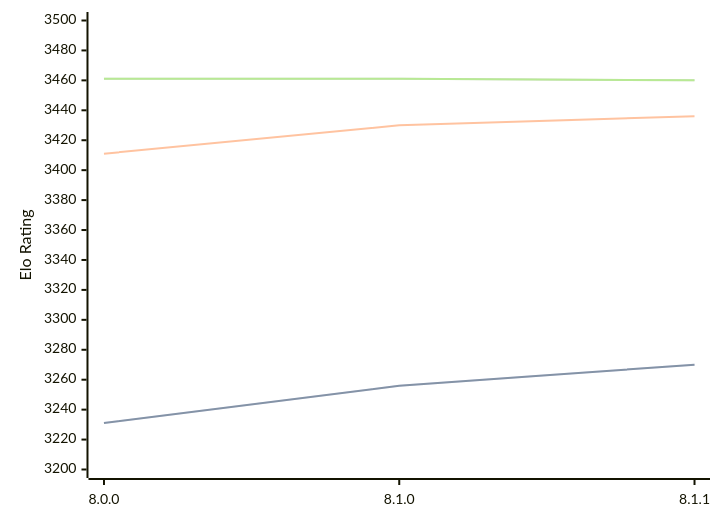
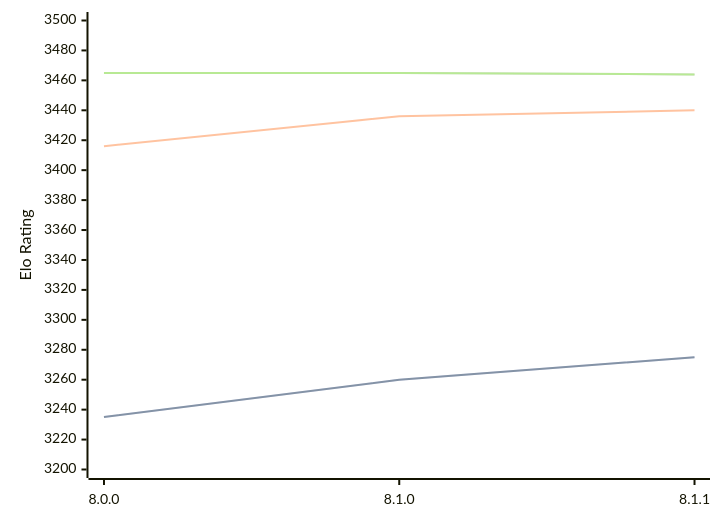
One commit to computer-chess-index/cci changed the diagram in engines/Velvet.md. Above: the diagram before and after it, drawn with Mermaid. The commit also changed other lines of this file, not shown here.

Commit message:
Update CCI Ratings (ELO VLTC) - 2026-08-18

````diff
--- a/engines/Velvet.md
+++ b/engines/Velvet.md
@@ -33,11 +33,11 @@
 ```mermaid
 %%{init: {"theme":"base","themeVariables":{"seriesColors:['#a3a3a3','#222221','#faa371']}}}%%
 xychart-beta
   x-axis ["8.0.0", "8.1.0", "8.1.1"]
   y-axis "Elo Rating" 3200 --> 3500
-  line "STC (8.0+0.08s)" [3231, 3256, 3270]
-  line "STC (8.0+0.08s)" [3231, 3256, 3270]
-  line "LTC (60.0+0.60s)" [3411, 3430, 3436]
-  line "VLTC (2m24s+1.12s)" [3461, 3461, 3460]
-  line "VLTC (2m24s+1.12s)" [3461, 3461, 3460]
+  line "STC (8.0+0.08s)" [3235, 3260, 3275]
+  line "STC (8.0+0.08s)" [3235, 3260, 3275]
+  line "LTC (60.0+0.60s)" [3416, 3436, 3440]
+  line "VLTC (2m24s+1.12s)" [3465, 3465, 3464]
+  line "VLTC (2m24s+1.12s)" [3465, 3465, 3464]
 ```
````
